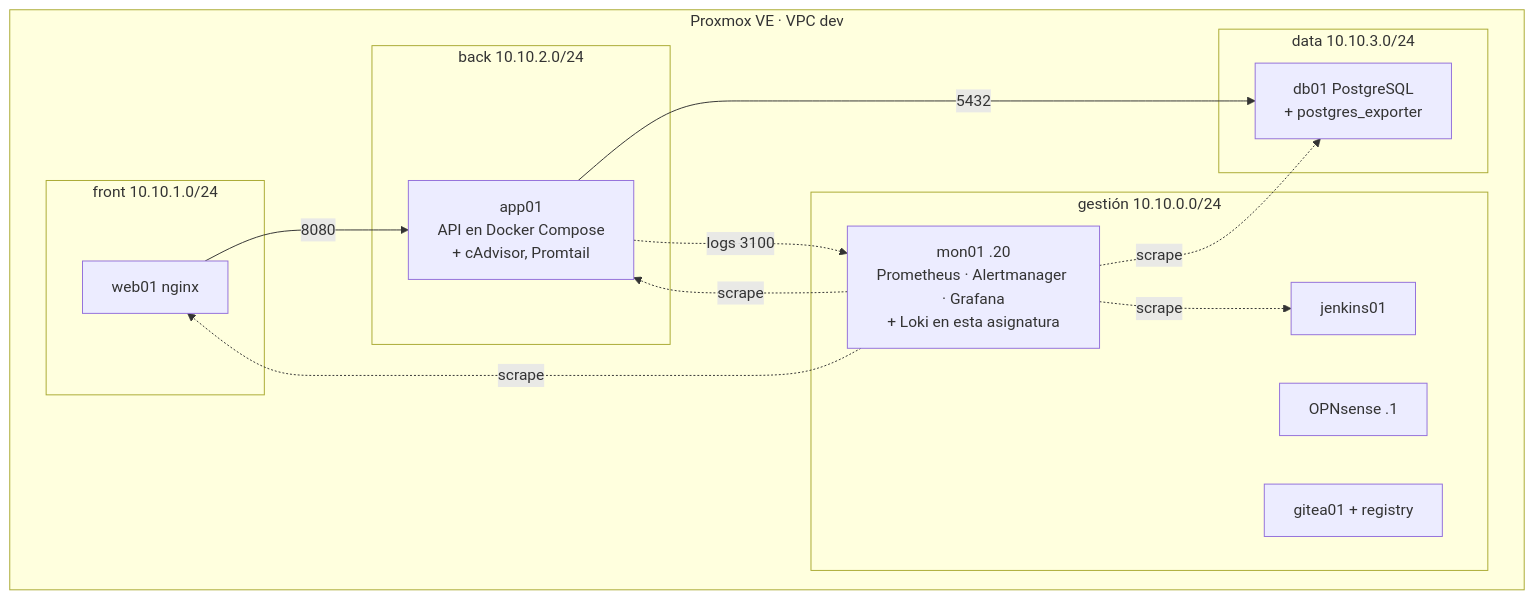
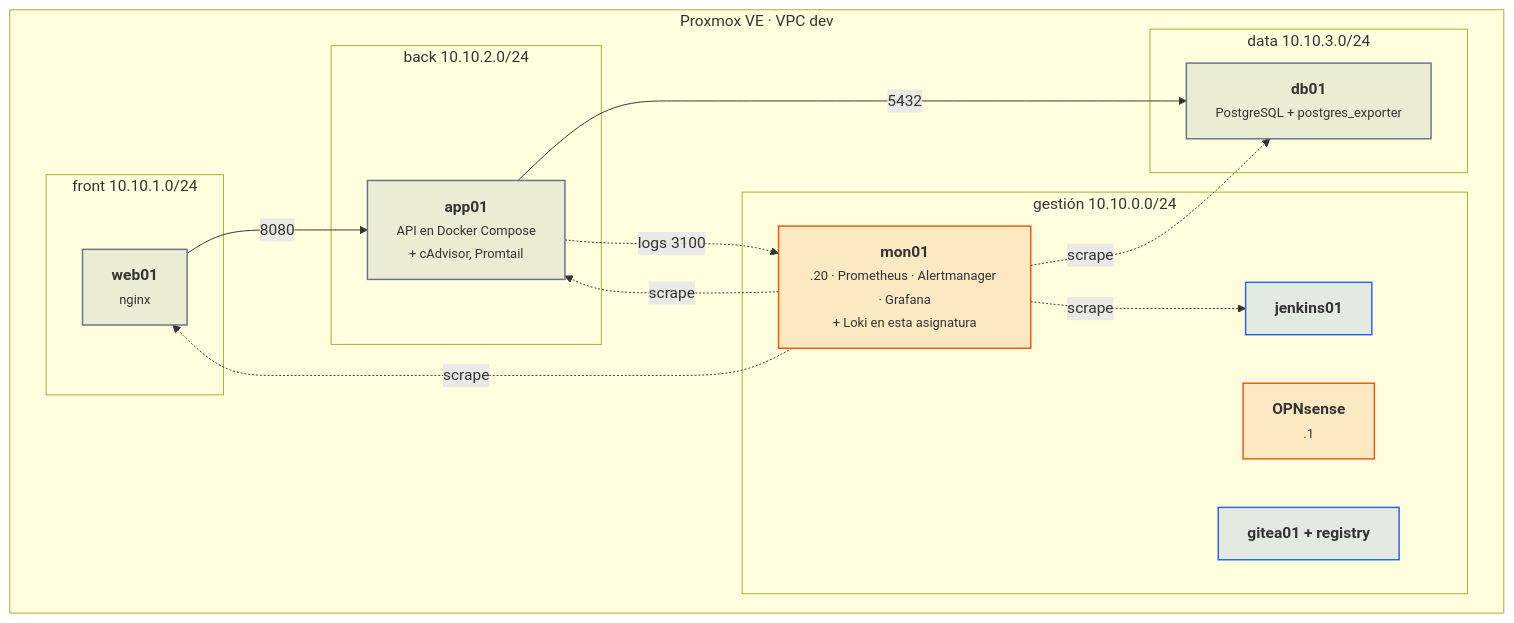
Before and after one commit to victor-educ/apuntes-5169: the diagram in docs/laboratorio.md, drawn with Mermaid. The commit also changed other lines of this file and 13 other files, not shown here.

First line of the commit message:
Temporalización definitiva, gramática visual y diagramas en todas las unidades

````diff
--- a/docs/laboratorio.md
+++ b/docs/laboratorio.md
@@ -7,24 +7,30 @@
 ```mermaid
 flowchart TB
-    subgraph pve[Proxmox VE · VPC dev]
-        subgraph mgmt[gestión 10.10.0.0/24]
-            fw[OPNsense .1]
-            mon[mon01 .20<br>Prometheus · Alertmanager · Grafana<br>+ Loki en esta asignatura]
-            jenkins[jenkins01]
-            git[gitea01 + registry]
+    subgraph pve["Proxmox VE · VPC dev"]
+        subgraph mgmt["gestión 10.10.0.0/24"]
+            fw["<b>OPNsense</b><br><small>.1</small>"]:::act
+            mon["<b>mon01</b><br><small>.20 · Prometheus · Alertmanager · Grafana<br>+ Loki en esta asignatura</small>"]:::act
+            jenkins["<b>jenkins01</b>"]:::dato
+            git["<b>gitea01 + registry</b>"]:::dato
         end
-        subgraph front[front 10.10.1.0/24]
-            web[web01 nginx]
+        subgraph front["front 10.10.1.0/24"]
+            web["<b>web01</b><br><small>nginx</small>"]:::pieza
         end
-        subgraph back[back 10.10.2.0/24]
-            app[app01<br>API en Docker Compose<br>+ cAdvisor, Promtail]
+        subgraph back["back 10.10.2.0/24"]
+            app["<b>app01</b><br><small>API en Docker Compose<br>+ cAdvisor, Promtail</small>"]:::pieza
         end
-        subgraph data[data 10.10.3.0/24]
-            db[db01 PostgreSQL<br>+ postgres_exporter]
+        subgraph data["data 10.10.3.0/24"]
+            db["<b>db01</b><br><small>PostgreSQL + postgres_exporter</small>"]:::pieza
         end
     end
     web -->|8080| app
     app -->|5432| db
     mon -.->|scrape| web & app & db & jenkins
     app -.->|logs 3100| mon
+    classDef act fill:#ea580c22,stroke:#ea580c,stroke-width:1.5px
+    classDef pieza fill:#64748b22,stroke:#64748b,stroke-width:1.5px
+    classDef dato fill:#2563eb22,stroke:#2563eb,stroke-width:1.5px
+    classDef infra fill:#a1a1aa14,stroke:#a1a1aa,stroke-width:1.5px
+    classDef ok fill:#16a34a22,stroke:#16a34a,stroke-width:1.5px
+    classDef riesgo fill:#dc262622,stroke:#dc2626,stroke-width:1.5px
 ```
````
